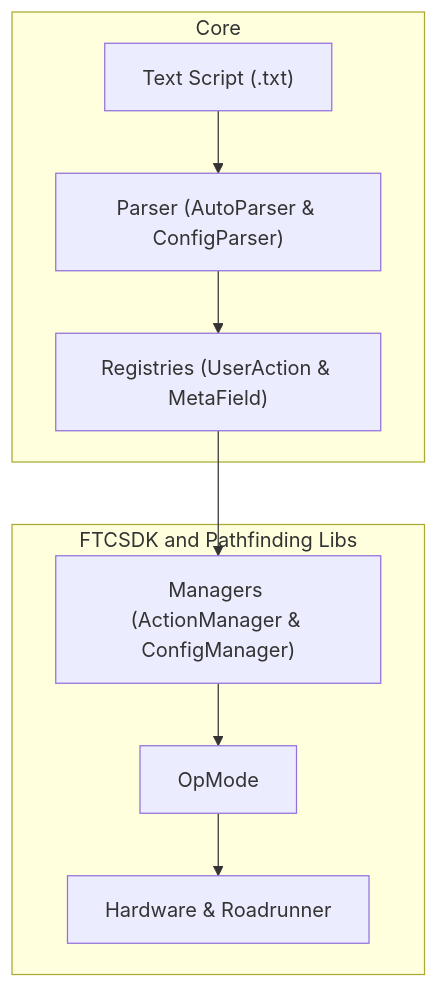
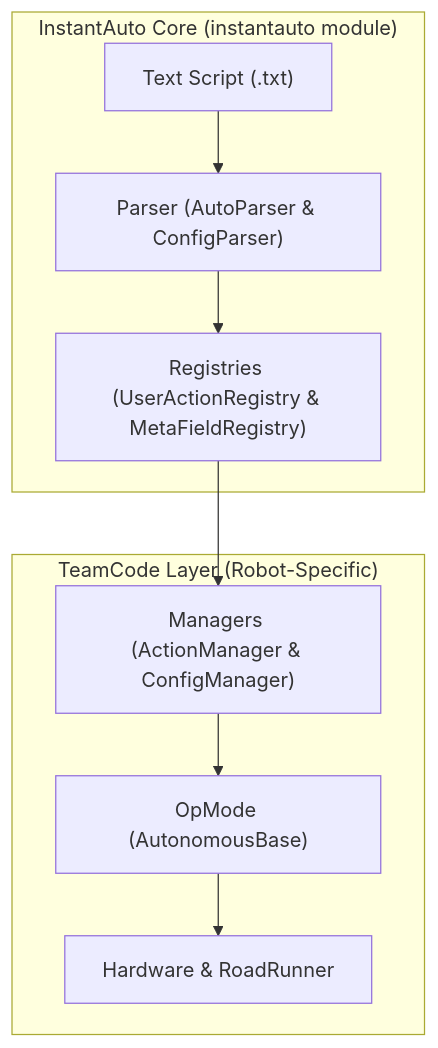
The diagram in docs/developer/index.md (Bosco-maker/Instant-Auto), drawn with Mermaid before and after one commit. The commit also changed other lines of this file and 40 other files, not shown here.

````diff
--- a/docs/developer/index.md
+++ b/docs/developer/index.md
@@ -34,12 +42,12 @@
 ```mermaid
 flowchart TD
-    subgraph Core
+    subgraph Core ["InstantAuto Core (instantauto module)"]
         A["Text Script (.txt)"] --> B["Parser (AutoParser & ConfigParser)"]
-        B --> C["Registries (UserAction & MetaField)"]
+        B --> C["Registries (UserActionRegistry & MetaFieldRegistry)"]
     end
-    subgraph FTCSDK and Pathfinding Libs
-    C --> D["Managers (ActionManager & ConfigManager)"]
-    D --> E["OpMode"]
-    E --> F["Hardware & Roadrunner"]
+    subgraph TeamCode ["TeamCode Layer (Robot-Specific)"]
+        C --> D["Managers (ActionManager & ConfigManager)"]
+        D --> E["OpMode (AutonomousBase)"]
+        E --> F["Hardware & RoadRunner"]
     end
 ```
````
